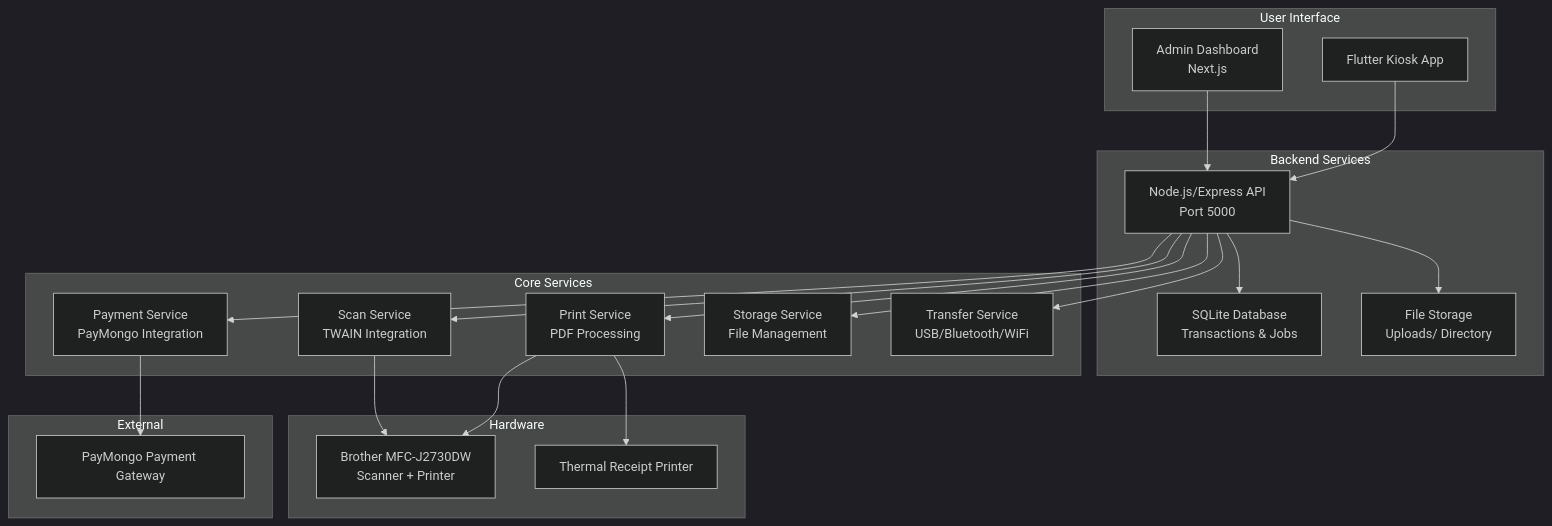
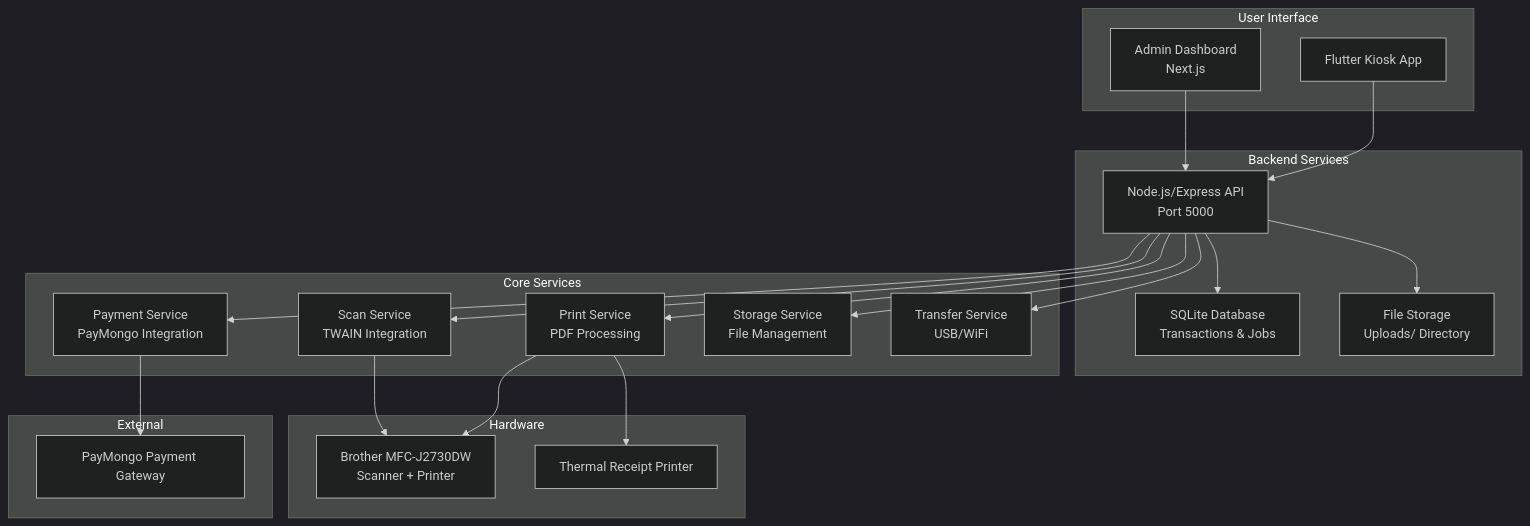
One commit to adriancabil19-create/docucenter_kiosk changed the first of 2 diagrams in ARCHITECTURE.md. Above: the diagram before and after it, drawn with Mermaid (dark theme). The commit also changed 6 other files, not shown here.

First line of the commit message:
Remove Bluetooth transfer method and re-enable Paper Tracker nav

````diff
--- a/ARCHITECTURE.md
+++ b/ARCHITECTURE.md
@@ -5,44 +5,44 @@
 ```mermaid
 graph TB
     subgraph "User Interface"
         A[Flutter Kiosk App]
         B[Admin Dashboard<br/>Next.js]
     end
 
     subgraph "Backend Services"
         C[Node.js/Express API<br/>Port 5000]
         D[SQLite Database<br/>Transactions & Jobs]
         E[File Storage<br/>Uploads/ Directory]
     end
 
     subgraph "Core Services"
         F[Payment Service<br/>PayMongo Integration]
         G[Print Service<br/>PDF Processing]
         H[Scan Service<br/>TWAIN Integration]
         I[Storage Service<br/>File Management]
-        J[Transfer Service<br/>USB/Bluetooth/WiFi]
+        J[Transfer Service<br/>USB/WiFi]
     end
 
     subgraph "Hardware"
         K[Brother MFC-J2730DW<br/>Scanner + Printer]
         L[Thermal Receipt Printer]
     end
 
     subgraph "External"
         M[PayMongo Payment Gateway]
     end
 
     A --> C
     B --> C
     C --> D
     C --> E
     C --> F
     C --> G
     C --> H
     C --> I
     C --> J
     F --> M
     G --> K
     H --> K
     G --> L
 ```
````
